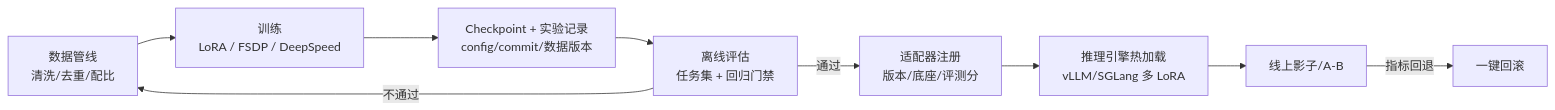
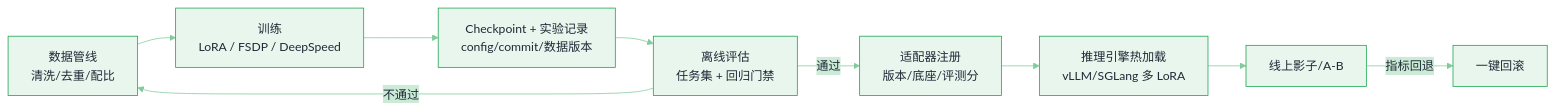
Before and after one commit to funny8kids/ai-agent-handbook: the diagram in docs/16-ai-infrastructure/training-finetune-infra.md, drawn with Mermaid. The commit also changed 144 other files, not shown here.

First line of the commit message:
Theme all 154 Mermaid diagrams with per-chapter colors via %%{init}%% directives

````diff
--- a/docs/16-ai-infrastructure/training-finetune-infra.md
+++ b/docs/16-ai-infrastructure/training-finetune-infra.md
@@ -26,11 +26,12 @@
 ```mermaid
+%%{init: {"theme":"base","themeVariables":{"primaryColor":"#E8F6ED","primaryBorderColor":"#16A34A","primaryTextColor":"#1F2937","secondaryColor":"#CCEBD7","tertiaryColor":"#F6FBF8","lineColor":"#7FCC9B","actorBkg":"#ECF8F1","actorBorder":"#16A34A","actorTextColor":"#1F2937","signalColor":"#5CBF80","noteBkgColor":"#D5EEDE","noteBorderColor":"#16A34A","noteTextColor":"#1F2937","labelBoxBkgColor":"#E8F6ED","labelBoxBorderColor":"#16A34A"}}}%%
 flowchart LR
   D[数据管线<br/>清洗/去重/配比] --> S[训练<br/>LoRA / FSDP / DeepSpeed]
   S --> C[Checkpoint + 实验记录<br/>config/commit/数据版本]
   C --> E[离线评估<br/>任务集 + 回归门禁]
   E -- 通过 --> A[适配器注册<br/>版本/底座/评测分]
   A --> V[推理引擎热加载<br/>vLLM/SGLang 多 LoRA]
   V --> P[线上影子/A-B]
   P -- 指标回退 --> R[一键回滚]
   E -- 不通过 --> D
 ```
````
